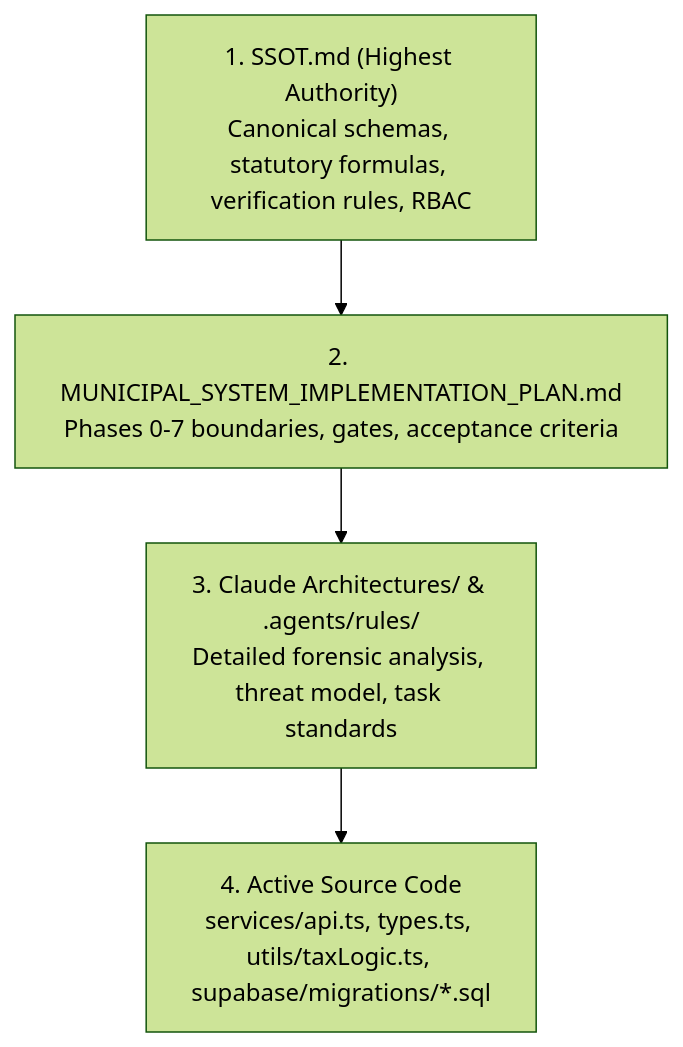
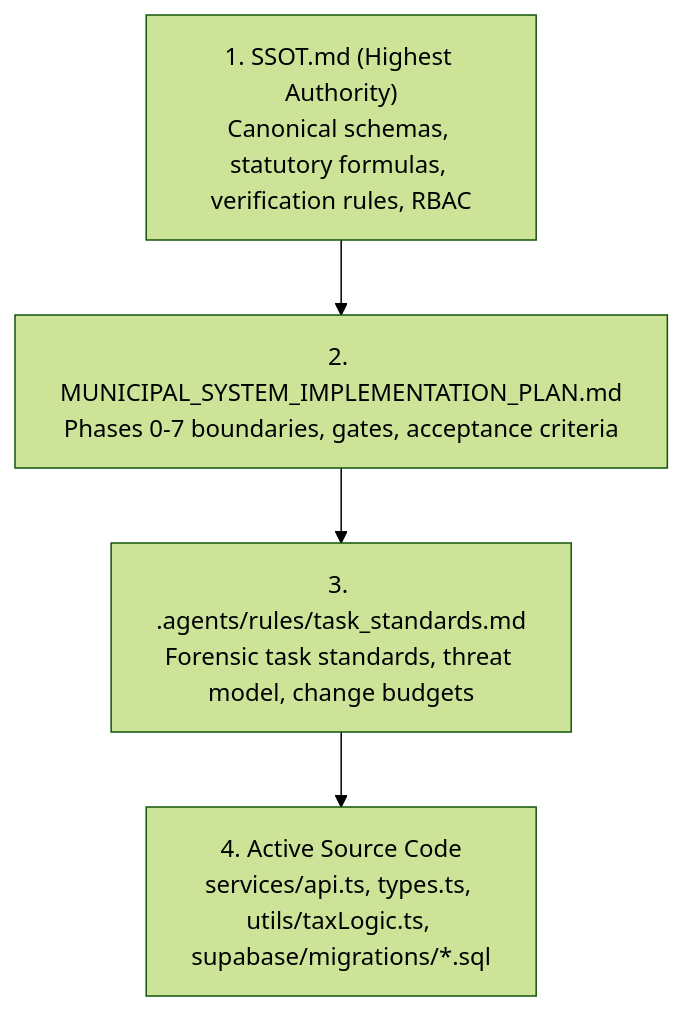
One commit to jeypi-mxnslvs/Municipal-Treasurers-Office-LGU changed the diagram in AGENTS.md. Above: the diagram before and after it, drawn with Mermaid (forest theme). The commit also changed other lines of this file, not shown here.

Commit message:
refactor: update AGENTS for the modification applied by the phases

````diff
--- a/AGENTS.md
+++ b/AGENTS.md
@@ -19,6 +19,6 @@
 ```mermaid
 graph TD
     SSOT["1. SSOT.md (Highest Authority)<br/>Canonical schemas, statutory formulas, verification rules, RBAC"] --> Plan["2. MUNICIPAL_SYSTEM_IMPLEMENTATION_PLAN.md<br/>Phases 0-7 boundaries, gates, acceptance criteria"]
-    Plan --> ClaudeArch["3. Claude Architectures/ & .agents/rules/<br/>Detailed forensic analysis, threat model, task standards"]
-    ClaudeArch --> ExistingCode["4. Active Source Code<br/>services/api.ts, types.ts, utils/taxLogic.ts, supabase/migrations/*.sql"]
+    Plan --> Rules["3. .agents/rules/task_standards.md<br/>Forensic task standards, threat model, change budgets"]
+    Rules --> ExistingCode["4. Active Source Code<br/>services/api.ts, types.ts, utils/taxLogic.ts, supabase/migrations/*.sql"]
 ```
````
